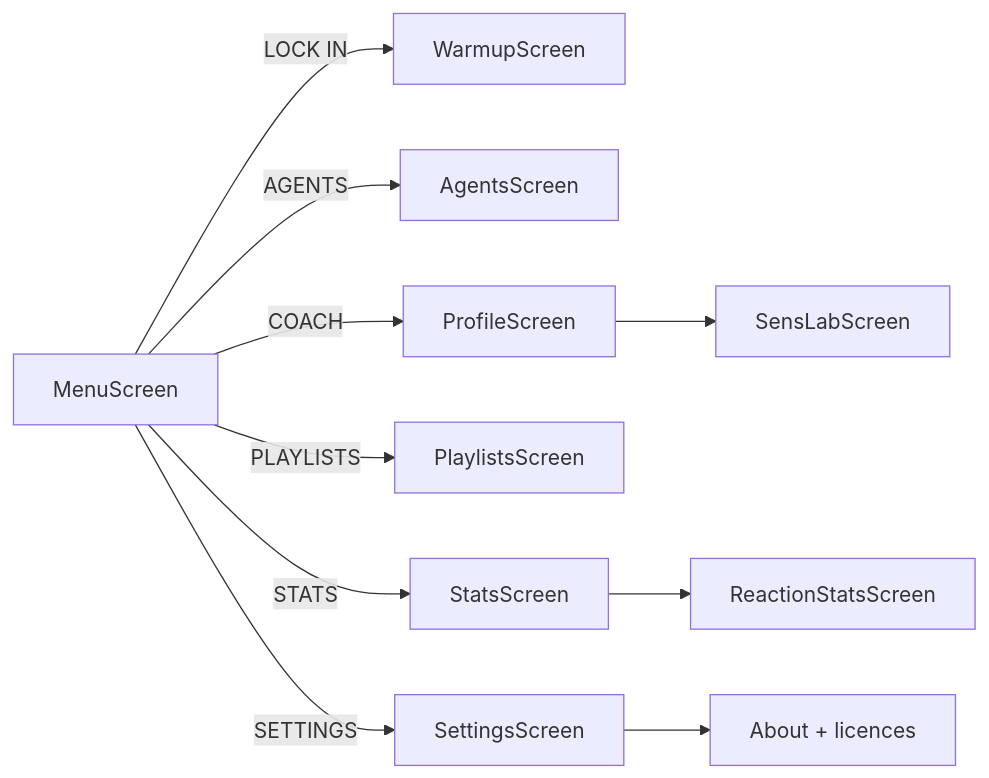
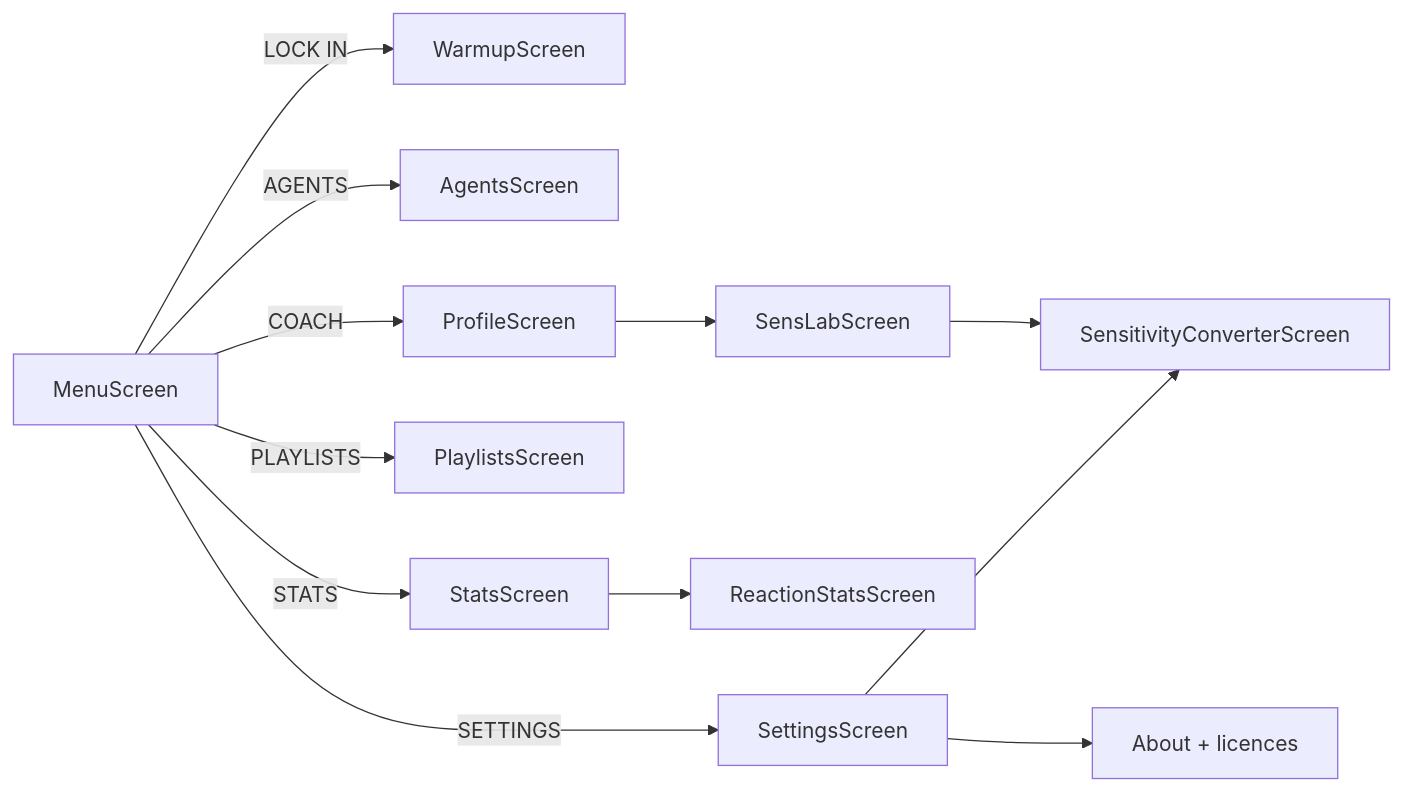
Before and after one commit to Pyromesis/CA-VAL-AIM: the third of 20 diagrams in docs/ARCHITECTURE.md, drawn with Mermaid. The commit also changed other lines of this file and 14 other files, not shown here.

Commit message:
release: v2.14.0 - add physical game sensitivity converter

````diff
--- a/docs/ARCHITECTURE.md
+++ b/docs/ARCHITECTURE.md
@@ -123,13 +123,15 @@
 ```mermaid
 flowchart LR
     Menu["MenuScreen"]
     Menu -->|"LOCK IN"| Warm["WarmupScreen"]
     Menu -->|"AGENTS"| Agents["AgentsScreen"]
     Menu -->|"COACH"| Profile["ProfileScreen"]
     Menu -->|"PLAYLISTS"| Playlists["PlaylistsScreen"]
     Menu -->|"STATS"| Stats["StatsScreen"]
     Menu -->|"SETTINGS"| Settings["SettingsScreen"]
     Stats --> Reaction["ReactionStatsScreen"]
     Profile --> SensLab["SensLabScreen"]
+    SensLab --> Converter["SensitivityConverterScreen"]
+    Settings --> Converter
     Settings --> About["About + licences"]
 ```
````
